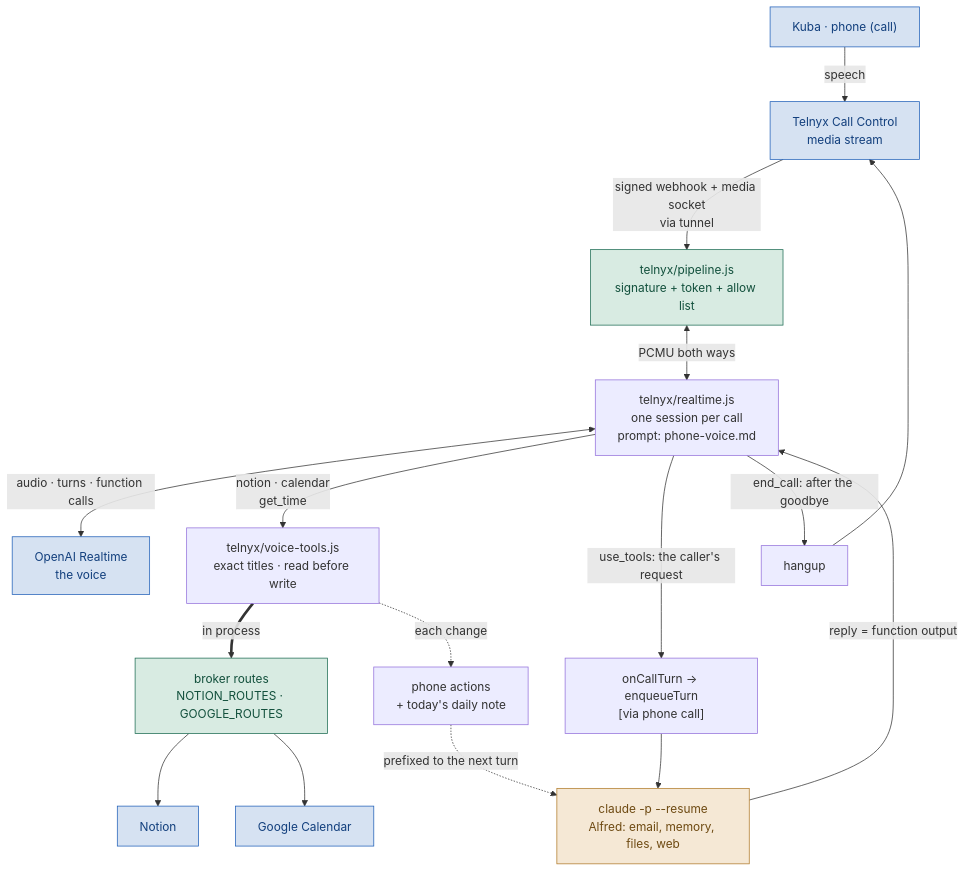
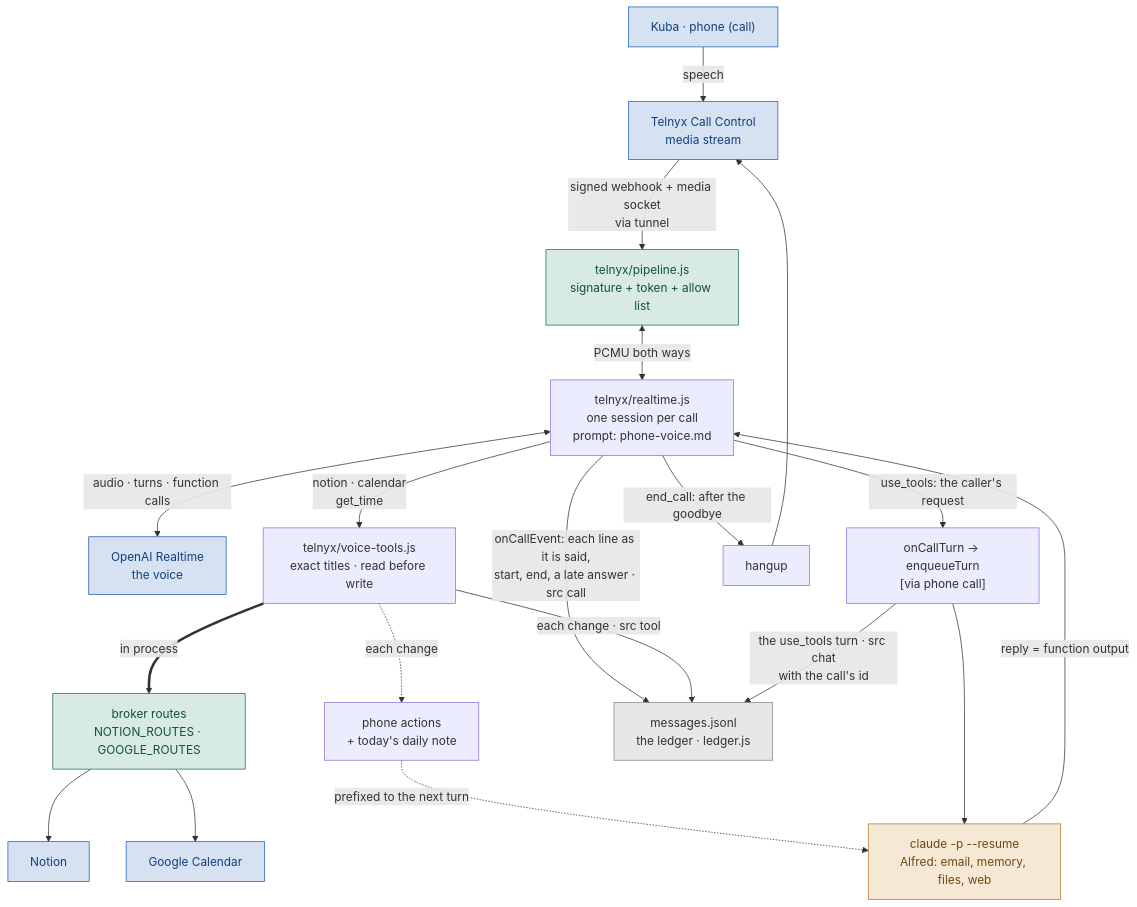
Before and after one commit to KubaJerz/alfred-node: the second of 7 diagrams in SYSTEM-MAP.md, drawn with Mermaid. The commit also changed other lines of this file and 10 other files, not shown here.

````diff
--- a/SYSTEM-MAP.md
+++ b/SYSTEM-MAP.md
@@ -220,24 +220,29 @@
 ```mermaid
 flowchart TD
     CALL["Kuba · phone (call)"] -->|speech| CC["Telnyx Call Control<br/>media stream"]
     CC -->|"signed webhook + media socket<br/>via tunnel"| VP["telnyx/pipeline.js<br/>signature + token + allow list"]
     VP <-->|"PCMU both ways"| RT["telnyx/realtime.js<br/>one session per call<br/>prompt: phone-voice.md"]
     RT <-->|"audio · turns · function calls"| OA["OpenAI Realtime<br/>the voice"]
     RT -->|"notion · calendar<br/>get_time"| VT["telnyx/voice-tools.js<br/>exact titles · read before write"]
     VT ==>|"in process"| BR["broker routes<br/>NOTION_ROUTES · GOOGLE_ROUTES"]
     BR --> N["Notion"]
     BR --> G["Google Calendar"]
     VT -.->|"each change"| NOTE["phone actions<br/>+ today's daily note"]
     NOTE -.->|"prefixed to the next turn"| SPAWN
     RT -->|"use_tools: the caller's request"| Q["onCallTurn → enqueueTurn<br/>[via phone call]"]
     Q --> SPAWN["claude -p --resume<br/>Alfred: email, memory, files, web"]
     SPAWN -->|"reply = function output"| RT
     RT -->|"end_call: after the goodbye"| HU["hangup"]
     HU --> CC
+    RT -->|"onCallEvent: each line as it is said,<br/>start, end, a late answer · src call"| LED["messages.jsonl<br/>the ledger · ledger.js"]
+    VT -->|"each change · src tool"| LED
+    Q -->|"the use_tools turn · src chat<br/>with the call's id"| LED
     classDef external fill:#d6e2f2,stroke:#1f5fb8,color:#123f7d
     classDef gateway fill:#d8ebe2,stroke:#1b6b52,color:#12503c
     classDef stack fill:#f5e8d5,stroke:#b07a2a,color:#6e4a12
+    classDef store fill:#e7e7e7,stroke:#888,color:#333
     class CALL,CC,OA,N,G external
     class VP,BR gateway
     class SPAWN stack
+    class LED store
 ```
````
